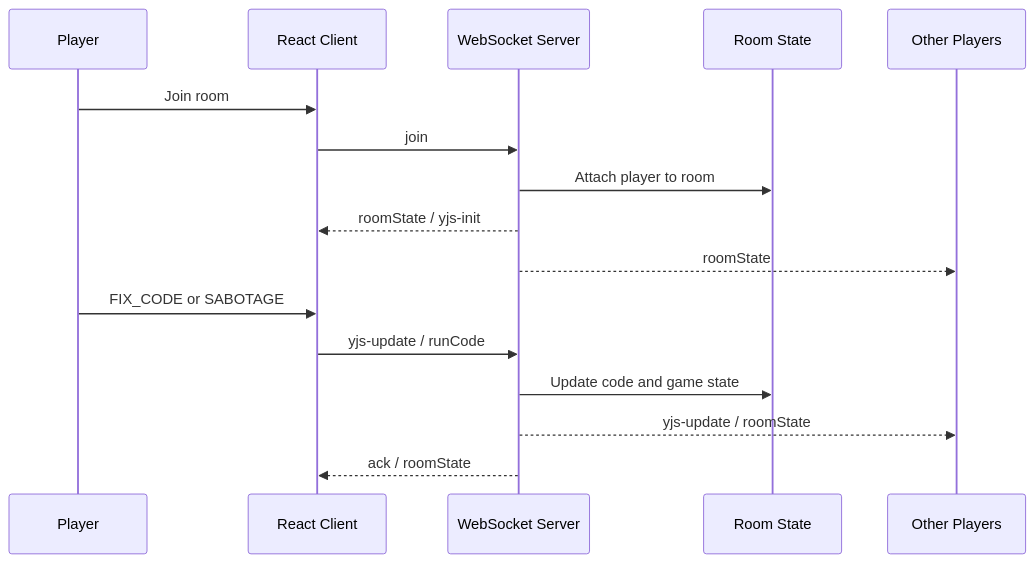
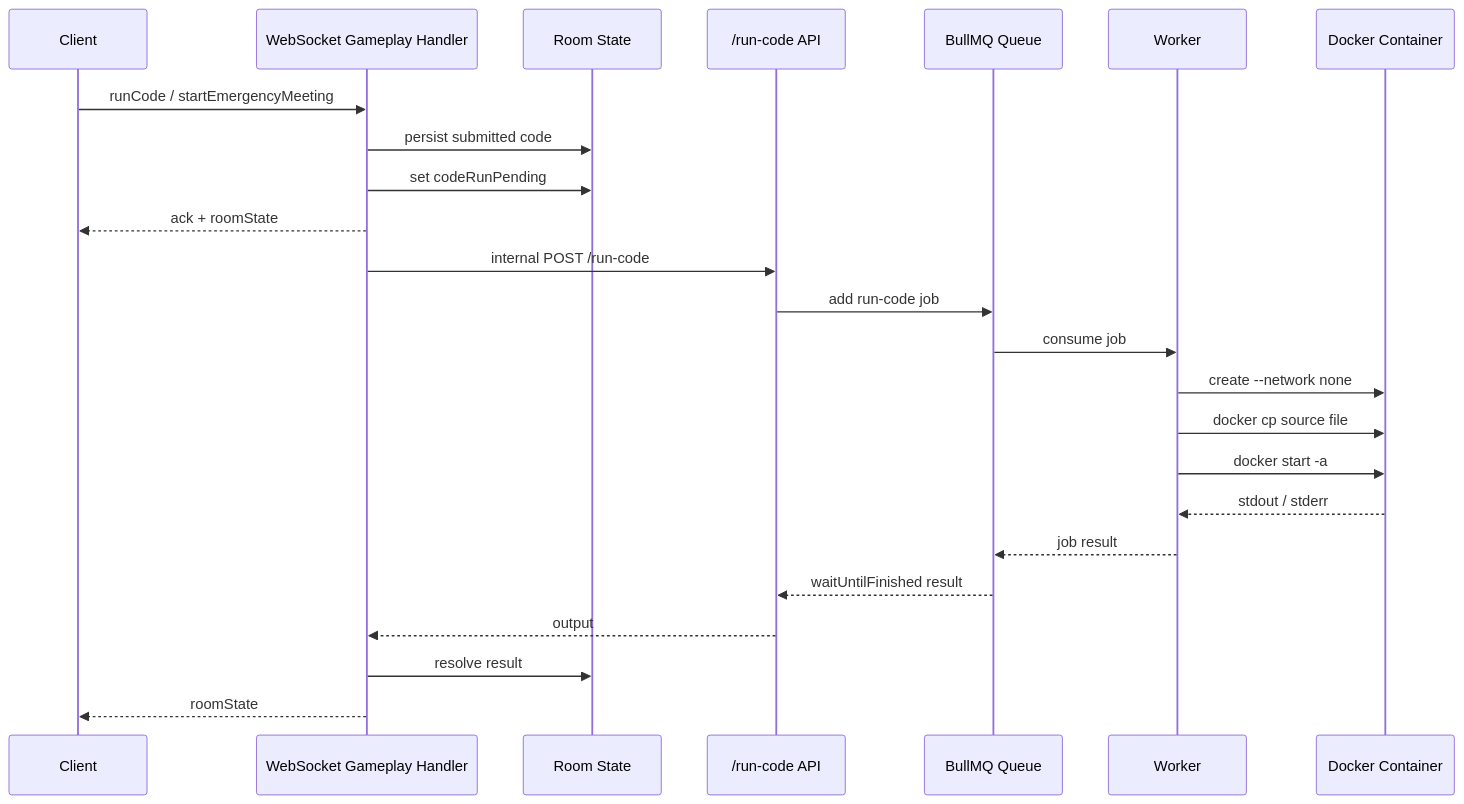
One commit to Frotam/BeGamer changed the fourth of 4 diagrams in README.md. Above: the diagram before and after it, drawn with Mermaid. The commit also changed other lines of this file and 10 other files, not shown here.

````diff
--- a/README.md
+++ b/README.md
@@ -58,20 +170,27 @@
 ```mermaid
 sequenceDiagram
-    participant P as Player
-    participant F as React Client
-    participant W as WebSocket Server
-    participant R as Room State
-    participant O as Other Players
+    participant Client
+    participant WS as WebSocket Gameplay Handler
+    participant Room as Room State
+    participant API as /run-code API
+    participant Queue as BullMQ Queue
+    participant Worker
+    participant Docker as Docker Container
 
-    P->>F: Join room
-    F->>W: join
-    W->>R: Attach player to room
-    W-->>F: roomState / yjs-init
-    W-->>O: roomState
-
-    P->>F: FIX_CODE or SABOTAGE
-    F->>W: yjs-update / runCode
-    W->>R: Update code and game state
-    W-->>O: yjs-update / roomState
-    W-->>F: ack / roomState
+    Client->>WS: runCode / startEmergencyMeeting
+    WS->>Room: persist submitted code
+    WS->>Room: set codeRunPending
+    WS-->>Client: ack + roomState
+    WS->>API: internal POST /run-code
+    API->>Queue: add run-code job
+    Queue->>Worker: consume job
+    Worker->>Docker: create --network none
+    Worker->>Docker: docker cp source file
+    Worker->>Docker: docker start -a
+    Docker-->>Worker: stdout / stderr
+    Worker-->>Queue: job result
+    Queue-->>API: waitUntilFinished result
+    API-->>WS: output
+    WS->>Room: resolve result
+    WS-->>Client: roomState
 ```
````
